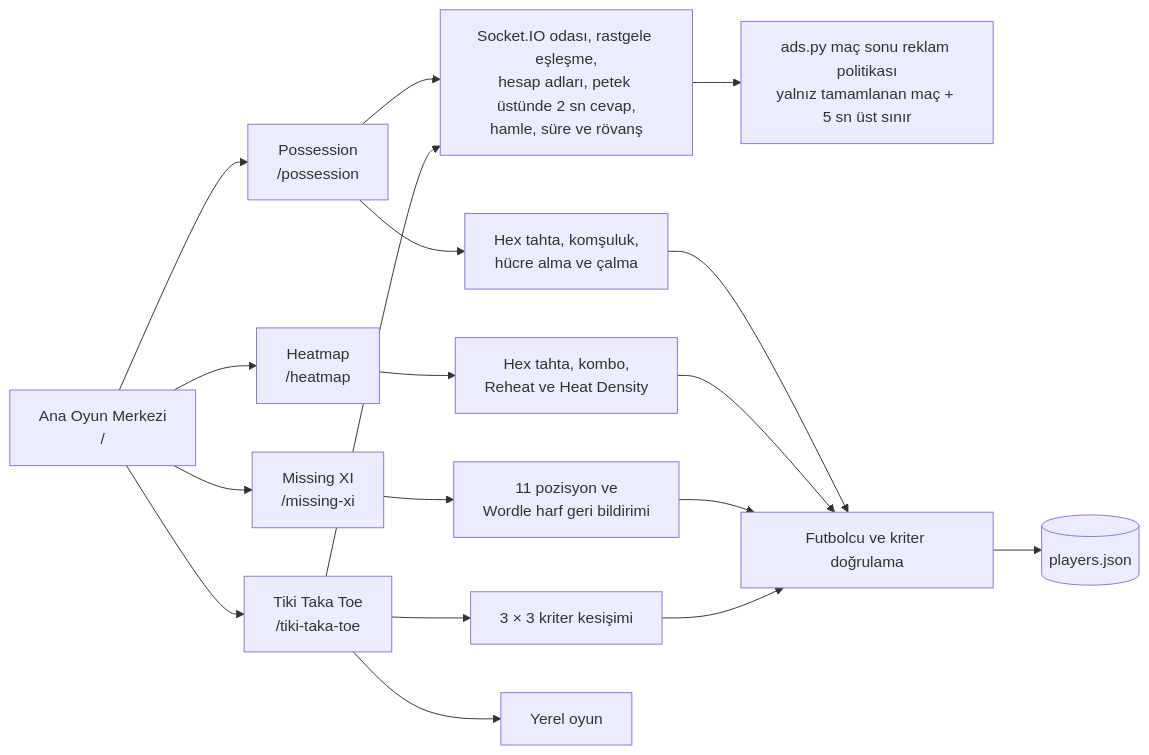
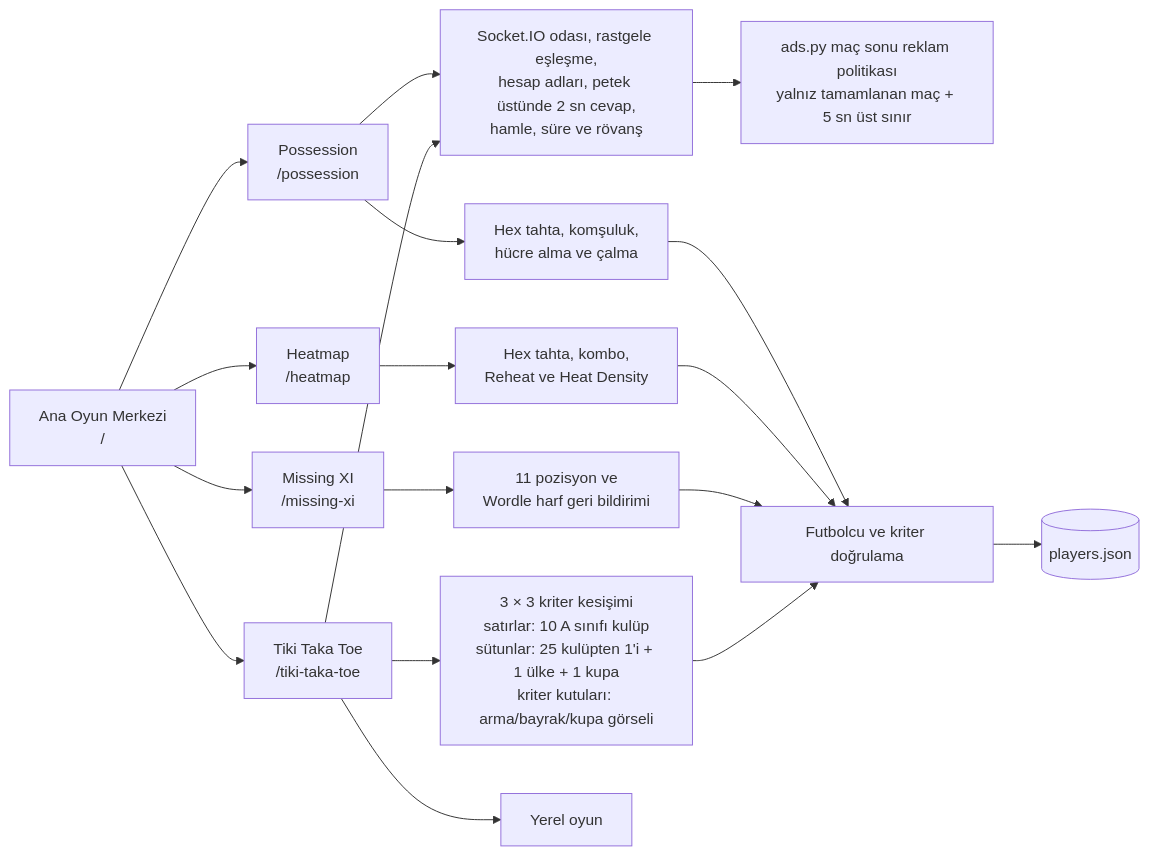
One commit to emirdurak5934/Hex_FootBall changed the second of 7 diagrams in PROJECT_WORKFLOW.md. Above: the diagram before and after it, drawn with Mermaid. The commit also changed other lines of this file and 28 other files, not shown here.

````diff
--- a/PROJECT_WORKFLOW.md
+++ b/PROJECT_WORKFLOW.md
@@ -54,27 +54,27 @@
 ```mermaid
 flowchart LR
     HUB["Ana Oyun Merkezi<br/>/"]
 
     HUB --> POS["Possession<br/>/possession"]
     HUB --> HEAT["Heatmap<br/>/heatmap"]
     HUB --> MISS["Missing XI<br/>/missing-xi"]
     HUB --> TTT["Tiki Taka Toe<br/>/tiki-taka-toe"]
 
     POS --> POSLOGIC["Hex tahta, komşuluk,<br/>hücre alma ve çalma"]
     POS --> ONLINE["Socket.IO odası, rastgele eşleşme,<br/>hesap adları, petek üstünde 2 sn cevap,<br/>hamle, süre ve rövanş"]
     ONLINE --> ADS["ads.py maç sonu reklam politikası<br/>yalnız tamamlanan maç + 5 sn üst sınır"]
 
     HEAT --> HEATLOGIC["Hex tahta, kombo,<br/>Reheat ve Heat Density"]
 
     MISS --> WORDLE["11 pozisyon ve<br/>Wordle harf geri bildirimi"]
 
-    TTT --> GRID["3 × 3 kriter kesişimi"]
+    TTT --> GRID["3 × 3 kriter kesişimi<br/>satırlar: 10 A sınıfı kulüp<br/>sütunlar: 25 kulüpten 1'i + 1 ülke + 1 kupa<br/>kriter kutuları: arma/bayrak/kupa görseli"]
     TTT --> LOCAL["Yerel oyun"]
     TTT --> ONLINE
 
     POSLOGIC --> VALIDATE["Futbolcu ve kriter doğrulama"]
     HEATLOGIC --> VALIDATE
     WORDLE --> VALIDATE
     GRID --> VALIDATE
     VALIDATE --> DATA[("players.json")]
 ```
````
